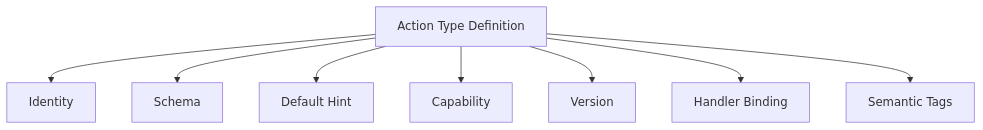
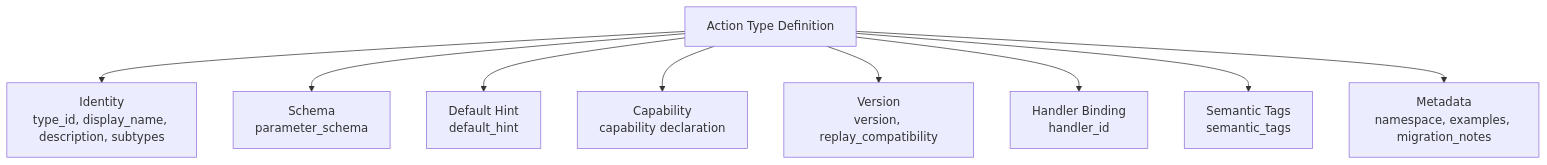
Before and after one commit to yueseyeyu/ai-narrative-rpg-engine: the fourth of 12 diagrams in docs/02_Architecture/Action_Registry.md, drawn with Mermaid. The commit also changed other lines of this file and 43 other files, not shown here.

Commit message:
feat: Architecture Baseline v1.0 Frozen + MVP-0 Validation (4/4 contract tests passing)

````diff
--- a/docs/02_Architecture/Action_Registry.md
+++ b/docs/02_Architecture/Action_Registry.md
@@ -160,11 +171,12 @@
 ```mermaid
 flowchart TD
     ATD[Action Type Definition]
-    ATD --> IDN[Identity]
-    ATD --> SCH[Schema]
-    ATD --> HNT[Default Hint]
-    ATD --> CAP[Capability]
-    ATD --> VRS[Version]
-    ATD --> HND[Handler Binding]
-    ATD --> TAG[Semantic Tags]
+    ATD --> IDN[Identity<br/>type_id, display_name, description, subtypes]
+    ATD --> SCH[Schema<br/>parameter_schema]
+    ATD --> HNT[Default Hint<br/>default_hint]
+    ATD --> CAP[Capability<br/>capability declaration]
+    ATD --> VRS[Version<br/>version, replay_compatibility]
+    ATD --> HND[Handler Binding<br/>handler_id]
+    ATD --> TAG[Semantic Tags<br/>semantic_tags]
+    ATD --> META[Metadata<br/>namespace, examples, migration_notes]
 ```
````
